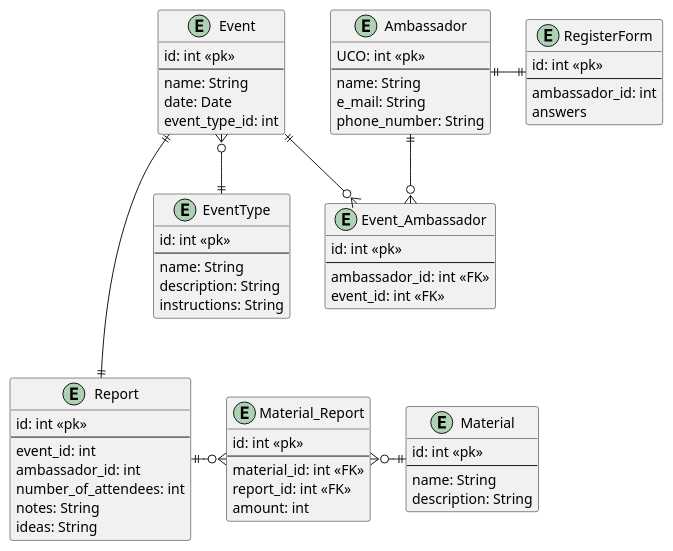
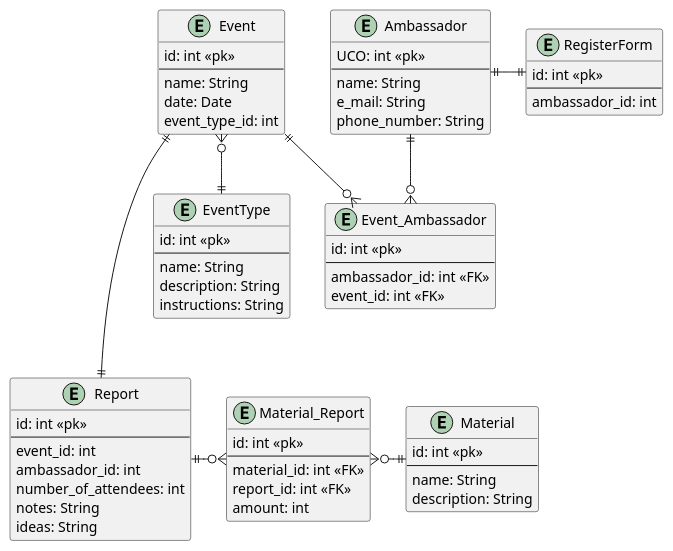
Before and after one commit to barhorkaa/ambassadors: the diagram in src/diagrams/erd.puml, drawn with PlantUML.

Commit message:
fix(erd): removed unused field

```diff
--- a/src/diagrams/erd.puml
+++ b/src/diagrams/erd.puml
@@ -1,85 +1,85 @@
 @startuml
 'https://plantuml.com/entity-diagram
 
 entity RegisterForm {
   id: int <<pk>>
   --
   ambassador_id: int
-  answers
+  'answers
 }
 
 entity Ambassador {
   UCO: int <<pk>>
   --
   name: String
   e_mail: String
   phone_number: String
 }
 
 entity Event {
   id: int <<pk>>
   --
   name: String
   date: Date
   event_type_id: int
 }
 
 entity EventType {
   id: int <<pk>>
   --
   name: String
   description: String
   instructions: String
 }
 
 entity Event_Ambassador {
   id: int <<pk>>
   --
   ambassador_id: int <<FK>>
   event_id: int <<FK>>
 }
 
 entity Report {
   id: int <<pk>>
   --
   event_id: int
   ambassador_id: int
   number_of_attendees: int
 'photos
   notes: String
   ideas: String
 }
 
 'enum EventTypes {
 '  SCHOOL
 '  EXPO
 '  OPENDAY
 '  GAUDEAMUS
 '  ...
 '}
 
 entity Material_Report {
   id: int <<pk>>
   --
   material_id: int <<FK>>
   report_id: int <<FK>>
   amount: int
 }
 
 entity Material {
   id: int <<pk>>
   --
   name: String
   description: String
 }
 
 Report ||-o{ Material_Report
 Material_Report }o-|| Material
 Event ||---|| Report
 
 Ambassador ||-|| RegisterForm
 Ambassador ||--o{ Event_Ambassador
 Event ||--o{ Event_Ambassador
 Event }o--|| EventType
 
 @enduml
```
